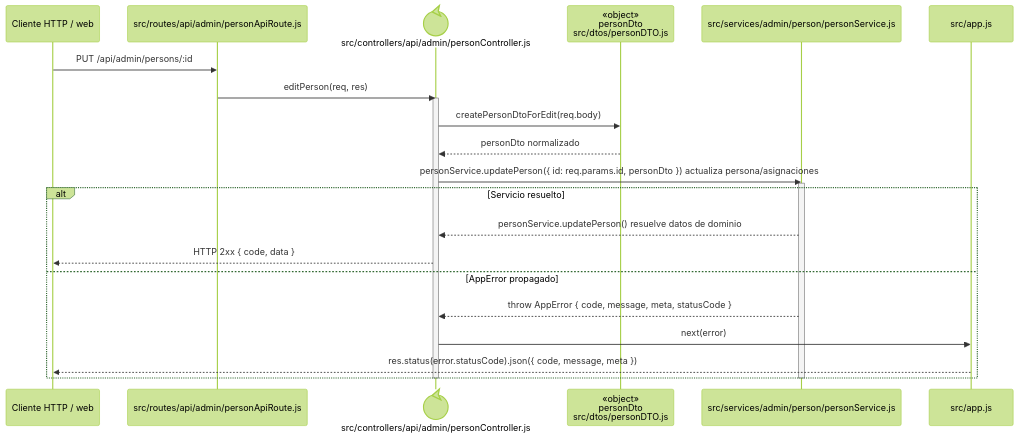
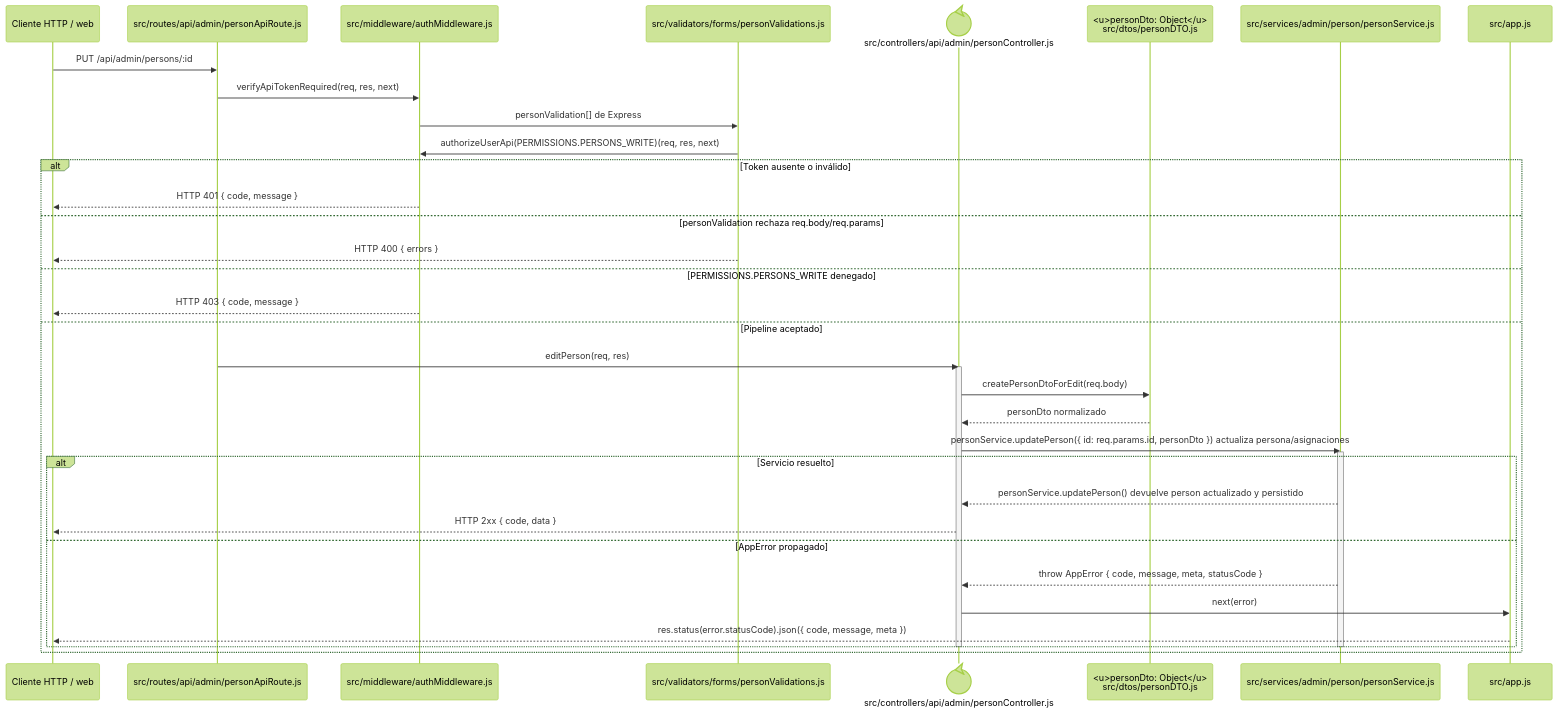
The diagram in docs/architecture/backend-code-sequences/identity-access/cu-ida-03.md (gpgsistemas01/nexus), drawn with Mermaid (forest theme) before and after one commit. The commit also changed other lines of this file and 102 other files, not shown here.

````diff
--- a/docs/architecture/backend-code-sequences/identity-access/cu-ida-03.md
+++ b/docs/architecture/backend-code-sequences/identity-access/cu-ida-03.md
@@ -6,27 +6,40 @@
 ```mermaid
 sequenceDiagram
     participant Client as Cliente HTTP / web
     participant Route as src/routes/api/admin/personApiRoute.js
+    participant Auth as src/middleware/authMiddleware.js
+    participant Validator as src/validators/forms/personValidations.js
     participant Controller@{ "type": "control" } as src/controllers/api/admin/personController.js
-    participant PersonDto as «object»<br/>personDto<br/>src/dtos/personDTO.js
+    participant PersonDto as <u>personDto: Object</u><br/>src/dtos/personDTO.js
     participant Domain as src/services/admin/person/personService.js
     participant ErrorHandler as src/app.js
 
     Client->>Route: PUT /api/admin/persons/:id
-    Route->>Controller: editPerson(req, res)
-    activate Controller
-    Controller->>PersonDto: createPersonDtoForEdit(req.body)
-    PersonDto-->>Controller: personDto normalizado
-    Controller->>Domain: personService.updatePerson({ id: req.params.id, personDto }) actualiza persona/asignaciones
-    activate Domain
-    alt Servicio resuelto
-        Domain-->>Controller: personService.updatePerson() resuelve datos de dominio
-        Controller-->>Client: HTTP 2xx { code, data }
-    else AppError propagado
-        Domain-->>Controller: throw AppError { code, message, meta, statusCode }
-        Controller->>ErrorHandler: next(error)
-        ErrorHandler-->>Client: res.status(error.statusCode).json({ code, message, meta })
+    Route->>Auth: verifyApiTokenRequired(req, res, next)
+    Auth->>Validator: personValidation[] de Express
+    Validator->>Auth: authorizeUserApi(PERMISSIONS.PERSONS_WRITE)(req, res, next)
+    alt Token ausente o inválido
+        Auth-->>Client: HTTP 401 { code, message }
+    else personValidation rechaza req.body/req.params
+        Validator-->>Client: HTTP 400 { errors }
+    else PERMISSIONS.PERSONS_WRITE denegado
+        Auth-->>Client: HTTP 403 { code, message }
+    else Pipeline aceptado
+        Route->>Controller: editPerson(req, res)
+        activate Controller
+        Controller->>PersonDto: createPersonDtoForEdit(req.body)
+        PersonDto-->>Controller: personDto normalizado
+        Controller->>Domain: personService.updatePerson({ id: req.params.id, personDto }) actualiza persona/asignaciones
+        activate Domain
+        alt Servicio resuelto
+            Domain-->>Controller: personService.updatePerson() devuelve person actualizado y persistido
+            Controller-->>Client: HTTP 2xx { code, data }
+        else AppError propagado
+            Domain-->>Controller: throw AppError { code, message, meta, statusCode }
+            Controller->>ErrorHandler: next(error)
+            ErrorHandler-->>Client: res.status(error.statusCode).json({ code, message, meta })
+        end
+        deactivate Domain
+        deactivate Controller
     end
-    deactivate Domain
-    deactivate Controller
 ```
````
